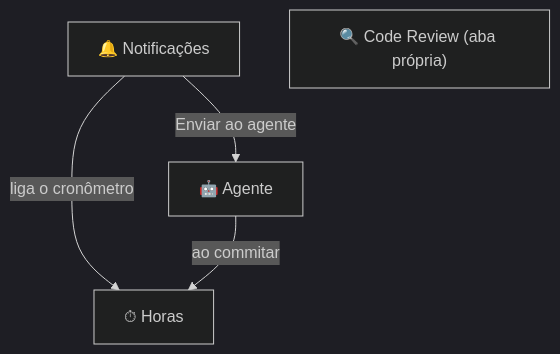
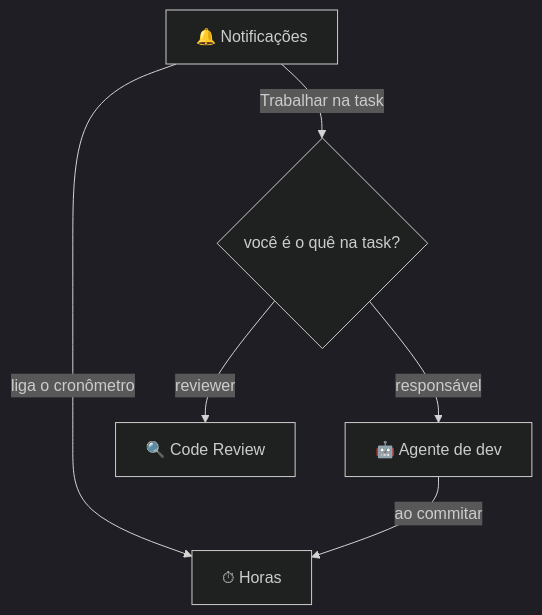
Before and after one commit to RonaldoCDRinaldiDev/jira-dev-agent: the second of 3 diagrams in README.md, drawn with Mermaid (dark theme). The commit also changed other lines of this file and 5 other files, not shown here.

First line of the commit message:
feat: botao unico 'Trabalhar na task' com roteamento automatico

````diff
--- a/README.md
+++ b/README.md
@@ -100,7 +100,8 @@
 ```mermaid
 flowchart TD
-  N["🔔 Notificações"] -->|Enviar ao agente| A["🤖 Agente"]
-  R["🔍 Code Review (aba própria)"]
+  N["🔔 Notificações"] -->|Trabalhar na task| D{"você é o quê na task?"}
+  D -->|responsável| A["🤖 Agente de dev"]
+  D -->|reviewer| R["🔍 Code Review"]
   N -->|liga o cronômetro| H["⏱ Horas"]
   A -->|ao commitar| H
 ```
````
